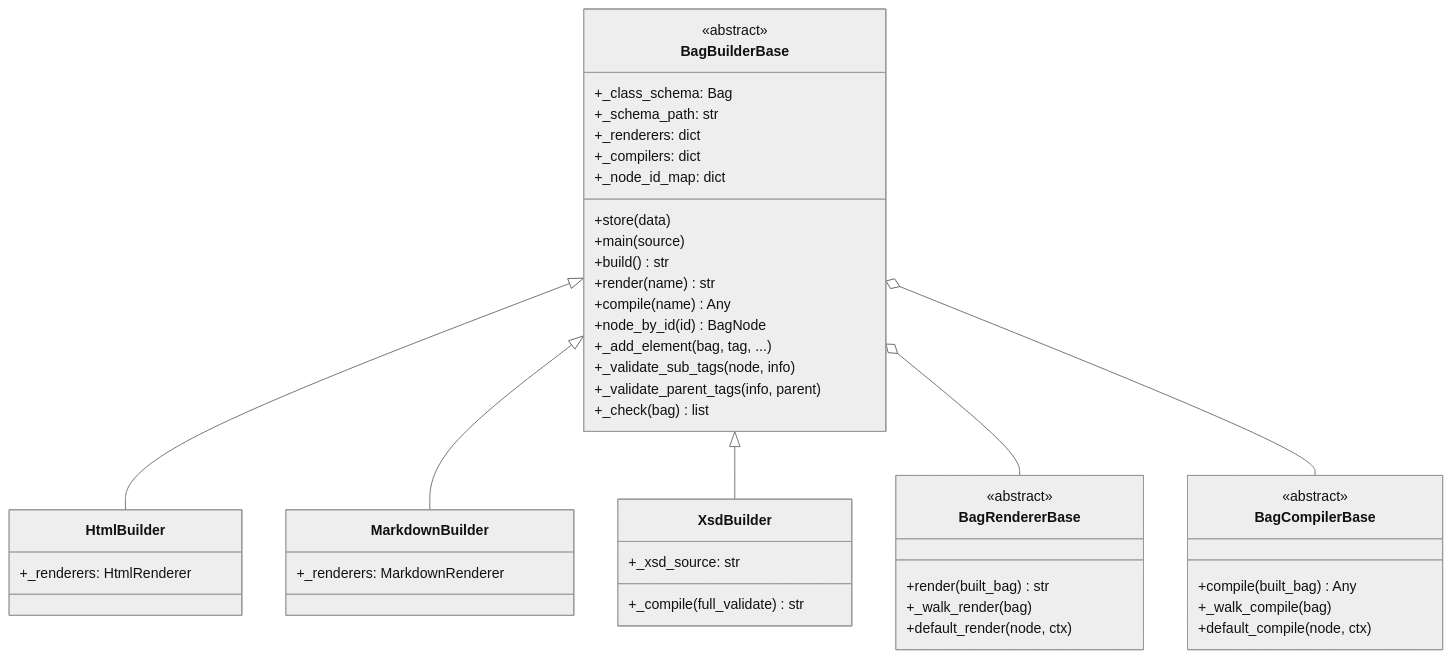
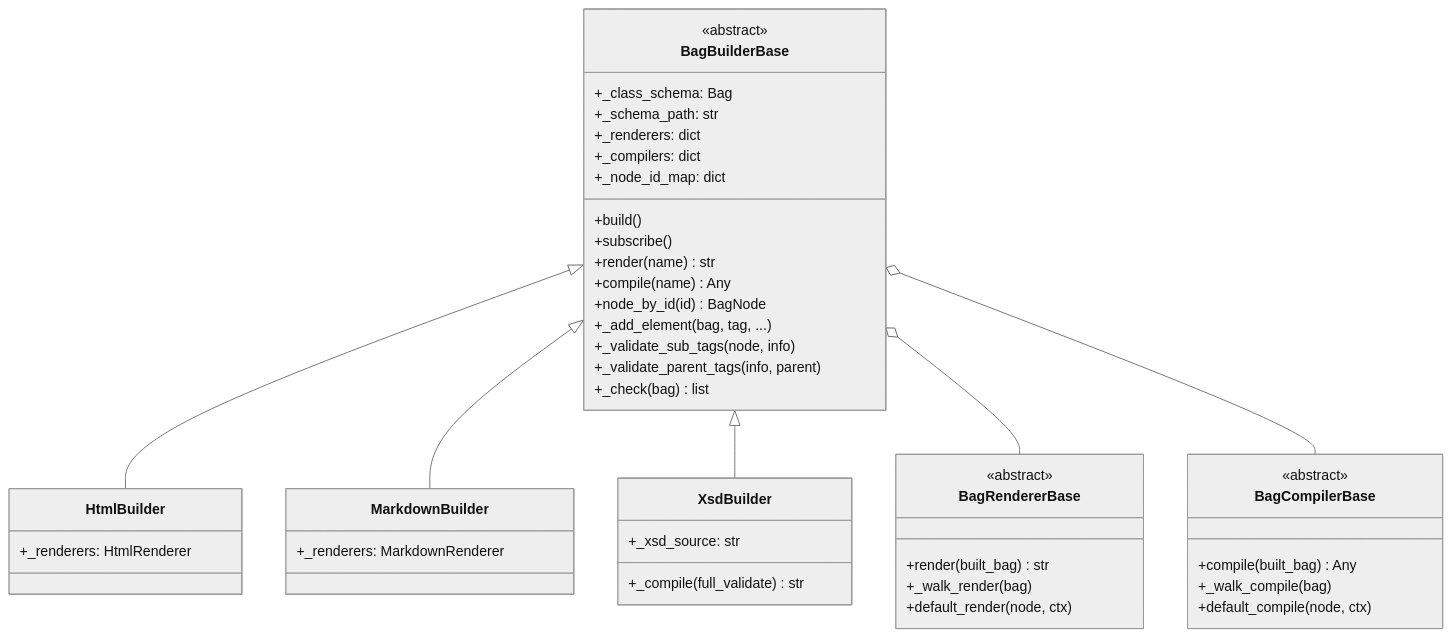
Before and after one commit to genropy/genro-builders: diagram 11 of 16 in docs/reference/architecture.md, drawn with Mermaid (neutral theme). The commit also changed 16 other files, not shown here.

First line of the commit message:
refactor!: builder is a machine — separate setup/build/subscribe/render

````diff
--- a/docs/reference/architecture.md
+++ b/docs/reference/architecture.md
@@ -233,54 +233,53 @@
 ```mermaid
 classDiagram
     class BagBuilderBase {
         <<abstract>>
         +_class_schema: Bag
         +_schema_path: str
         +_renderers: dict
         +_compilers: dict
         +_node_id_map: dict
-        +store(data)
-        +main(source)
-        +build() str
+        +build()
+        +subscribe()
         +render(name) str
         +compile(name) Any
         +node_by_id(id) BagNode
         +_add_element(bag, tag, ...)
         +_validate_sub_tags(node, info)
         +_validate_parent_tags(info, parent)
         +_check(bag) list
     }
 
     class BagRendererBase {
         <<abstract>>
         +render(built_bag) str
         +_walk_render(bag)
         +default_render(node, ctx)
     }
 
     class BagCompilerBase {
         <<abstract>>
         +compile(built_bag) Any
         +_walk_compile(bag)
         +default_compile(node, ctx)
     }
 
     class HtmlBuilder {
         +_renderers: HtmlRenderer
     }
 
     class MarkdownBuilder {
         +_renderers: MarkdownRenderer
     }
 
     class XsdBuilder {
         +_xsd_source: str
         +_compile(full_validate) str
     }
 
     BagBuilderBase <|-- HtmlBuilder
     BagBuilderBase <|-- MarkdownBuilder
     BagBuilderBase <|-- XsdBuilder
     BagBuilderBase o-- BagRendererBase
     BagBuilderBase o-- BagCompilerBase
 ```
````
